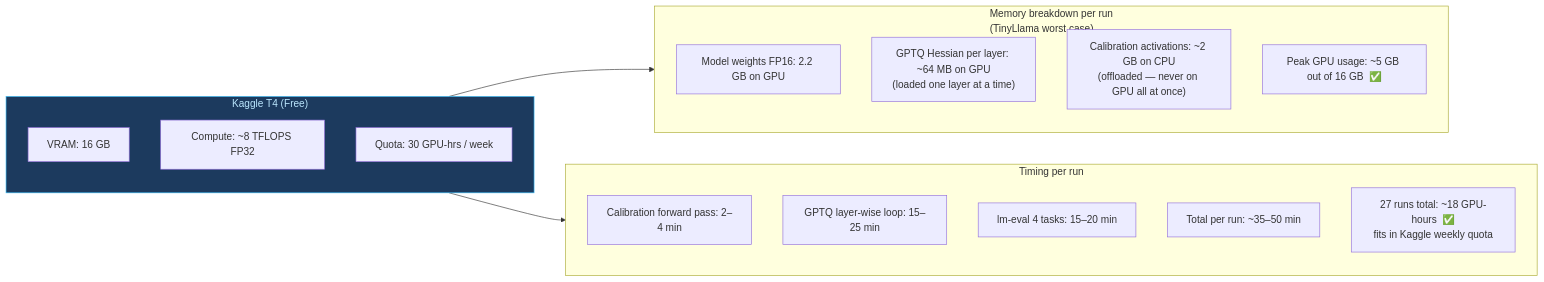
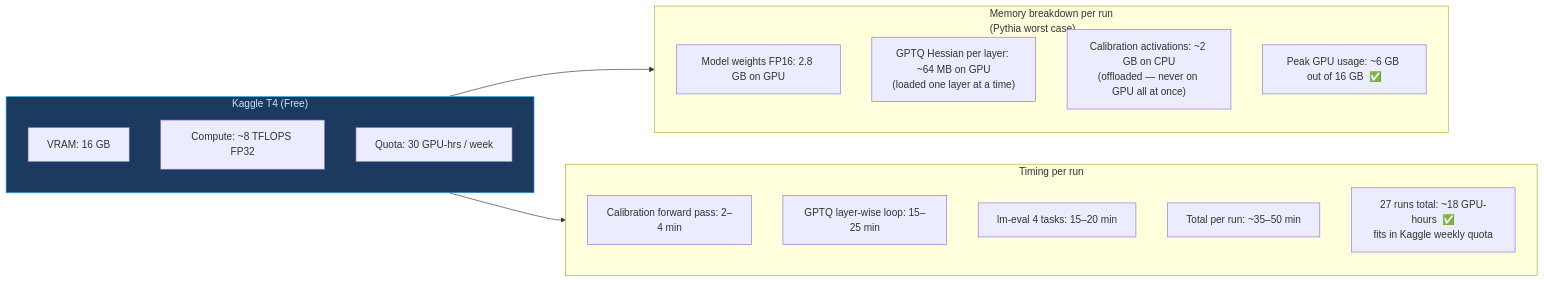
Before and after one commit to itsalam149/final-year-btp: the tenth of 13 diagrams in README.md, drawn with Mermaid. The commit also changed other lines of this file and 4 other files, not shown here.

Commit message:
Swap TinyLlama for Pythia-1.4B to preserve true Full MHA baseline

````diff
--- a/README.md
+++ b/README.md
@@ -519,31 +519,31 @@
 ```mermaid
 flowchart LR
     subgraph GPU["Kaggle T4  (Free)"]
         direction TB
         G1["VRAM: 16 GB"]
         G2["Compute: ~8 TFLOPS FP32"]
         G3["Quota: 30 GPU-hrs / week"]
     end
 
-    subgraph MEM["Memory breakdown per run\n(TinyLlama worst case)"]
+    subgraph MEM["Memory breakdown per run\n(Pythia worst case)"]
         direction TB
-        M1["Model weights FP16: 2.2 GB on GPU"]
+        M1["Model weights FP16: 2.8 GB on GPU"]
         M2["GPTQ Hessian per layer: ~64 MB on GPU\n(loaded one layer at a time)"]
         M3["Calibration activations: ~2 GB on CPU\n(offloaded — never on GPU all at once)"]
-        M4["Peak GPU usage: ~5 GB out of 16 GB  ✅"]
+        M4["Peak GPU usage: ~6 GB out of 16 GB  ✅"]
     end
 
     subgraph TIME["Timing per run"]
         direction TB
         T1["Calibration forward pass: 2–4 min"]
         T2["GPTQ layer-wise loop: 15–25 min"]
         T3["lm-eval 4 tasks: 15–20 min"]
         T4e["Total per run: ~35–50 min"]
         T5["27 runs total: ~18 GPU-hours  ✅\nfits in Kaggle weekly quota"]
     end
 
     GPU --> MEM
     GPU --> TIME
 
     style GPU fill:#1c3a5e,color:#bae6fd,stroke:#38bdf8
 ```
````
